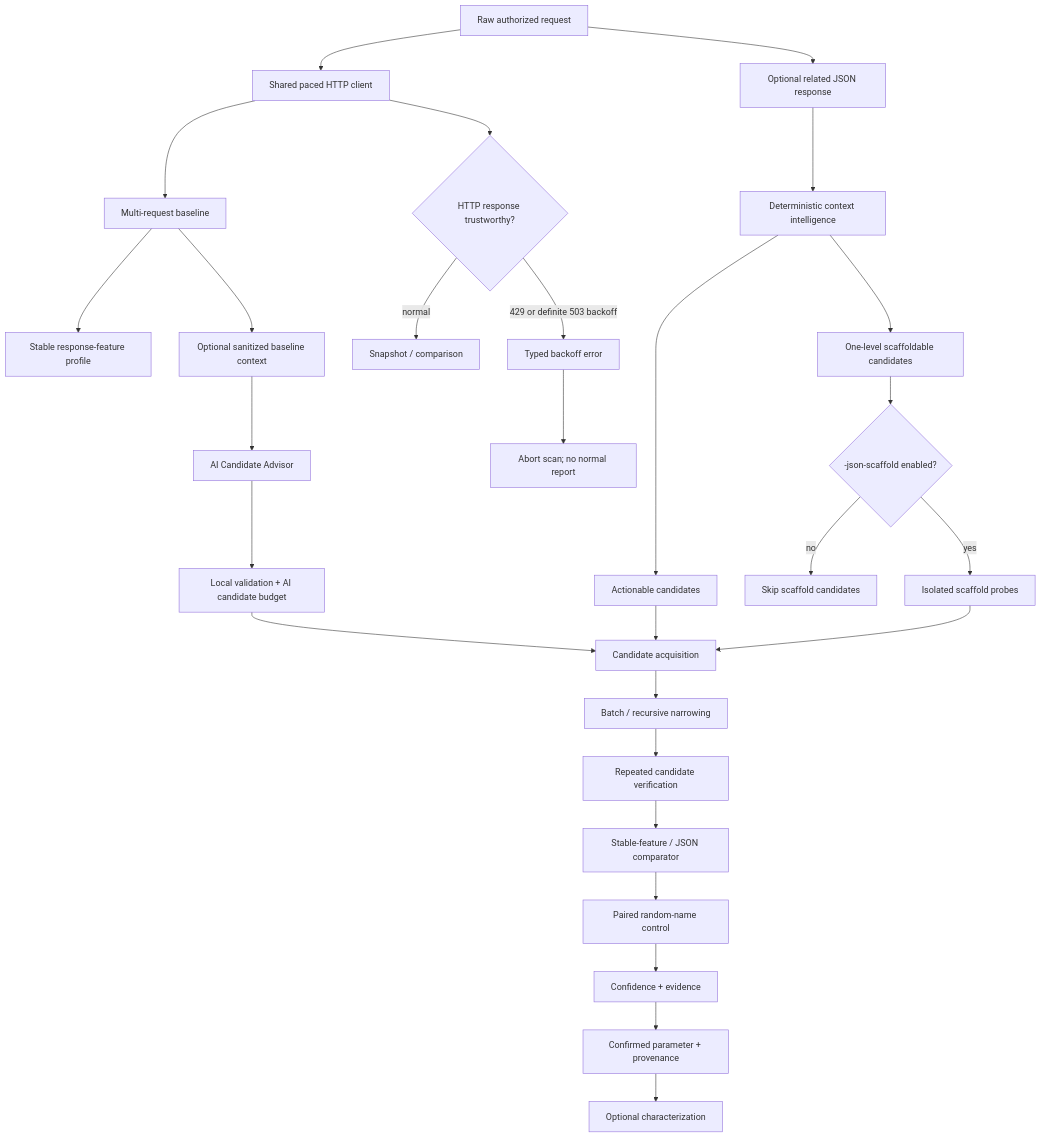
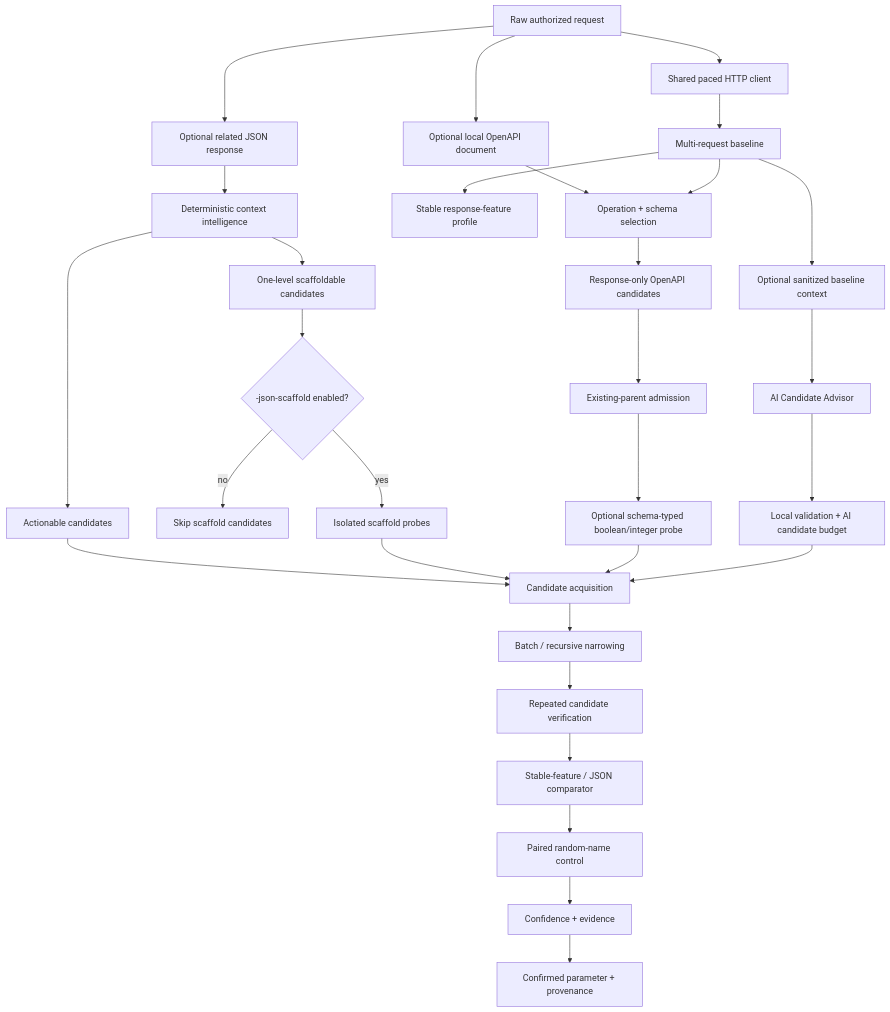
Before and after one commit to tobiasGuta/ParamIntel: the diagram in README.md, drawn with Mermaid. The commit also changed other lines of this file, not shown here.

Commit message:
docs: position README for v0.9 OpenAPI intelligence

````diff
--- a/README.md
+++ b/README.md
@@ -164,34 +214,37 @@
 ```mermaid
 flowchart TD
     A["Raw authorized request"] --> B["Shared paced HTTP client"]
     A --> C["Optional related JSON response"]
-    C --> D["Deterministic context intelligence"]
-    D --> E["Actionable candidates"]
-    D --> F["One-level scaffoldable candidates"]
-    F --> G{"-json-scaffold enabled?"}
-    G -->|no| H["Skip scaffold candidates"]
-    G -->|yes| I["Isolated scaffold probes"]
+    A --> D["Optional local OpenAPI document"]
 
-    B --> J["Multi-request baseline"]
-    J --> K["Stable response-feature profile"]
-    E --> L["Candidate acquisition"]
-    I --> L
+    C --> E["Deterministic context intelligence"]
+    E --> F["Actionable candidates"]
+    E --> G["One-level scaffoldable candidates"]
+    G --> H{"-json-scaffold enabled?"}
+    H -->|no| I["Skip scaffold candidates"]
+    H -->|yes| J["Isolated scaffold probes"]
 
-    J --> M["Optional sanitized baseline context"]
-    M --> N["AI Candidate Advisor"]
-    N --> O["Local validation + AI candidate budget"]
-    O --> L
+    B --> K["Multi-request baseline"]
+    K --> L["Stable response-feature profile"]
+    D --> M["Operation + schema selection"]
+    K --> M
+    M --> N["Response-only OpenAPI candidates"]
+    N --> O["Existing-parent admission"]
+    O --> P["Optional schema-typed boolean/integer probe"]
 
-    L --> P["Batch / recursive narrowing"]
-    P --> Q["Repeated candidate verification"]
-    Q --> R["Stable-feature / JSON comparator"]
-    R --> S["Paired random-name control"]
-    S --> T["Confidence + evidence"]
-    T --> U["Confirmed parameter + provenance"]
-    U --> V["Optional characterization"]
+    K --> Q["Optional sanitized baseline context"]
+    Q --> R["AI Candidate Advisor"]
+    R --> S["Local validation + AI candidate budget"]
 
-    B --> W{"HTTP response trustworthy?"}
-    W -->|normal| X["Snapshot / comparison"]
-    W -->|429 or definite 503 backoff| Y["Typed backoff error"]
-    Y --> Z["Abort scan; no normal report"]
+    F --> T["Candidate acquisition"]
+    J --> T
+    P --> T
+    S --> T
+
+    T --> U["Batch / recursive narrowing"]
+    U --> V["Repeated candidate verification"]
+    V --> W["Stable-feature / JSON comparator"]
+    W --> X["Paired random-name control"]
+    X --> Y["Confidence + evidence"]
+    Y --> Z["Confirmed parameter + provenance"]
 ```
````
